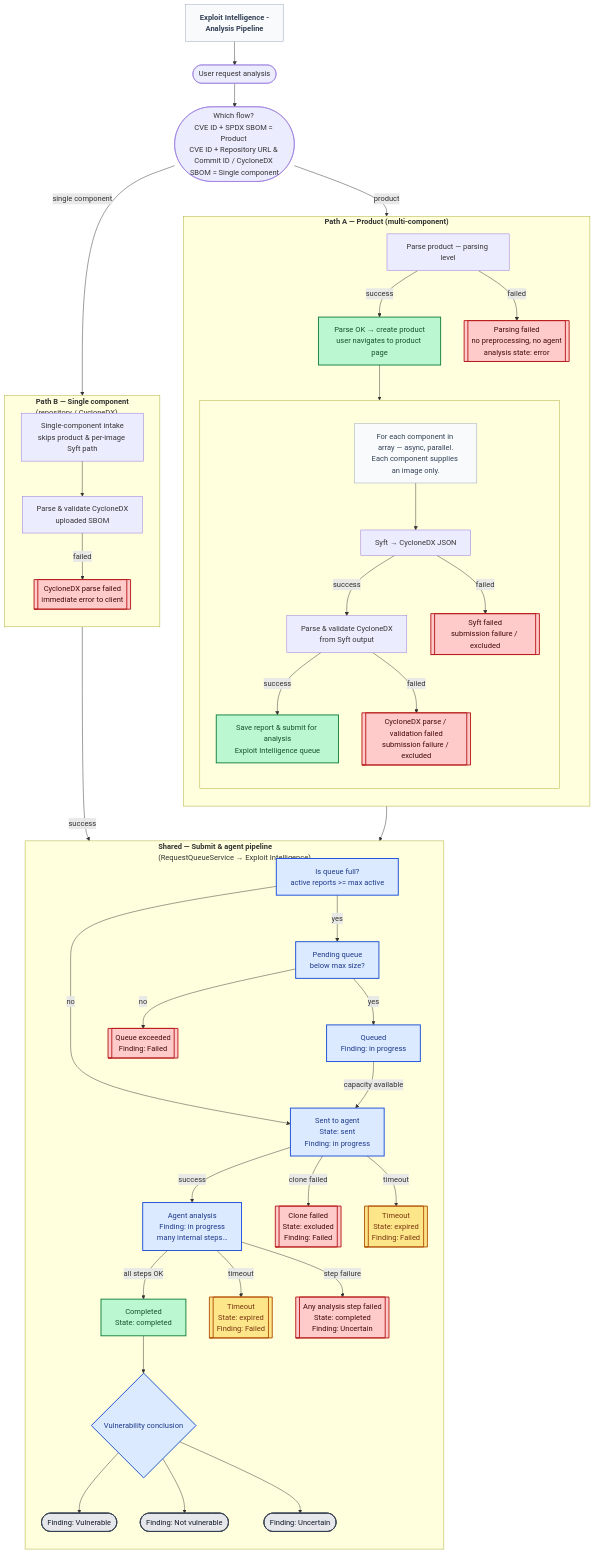
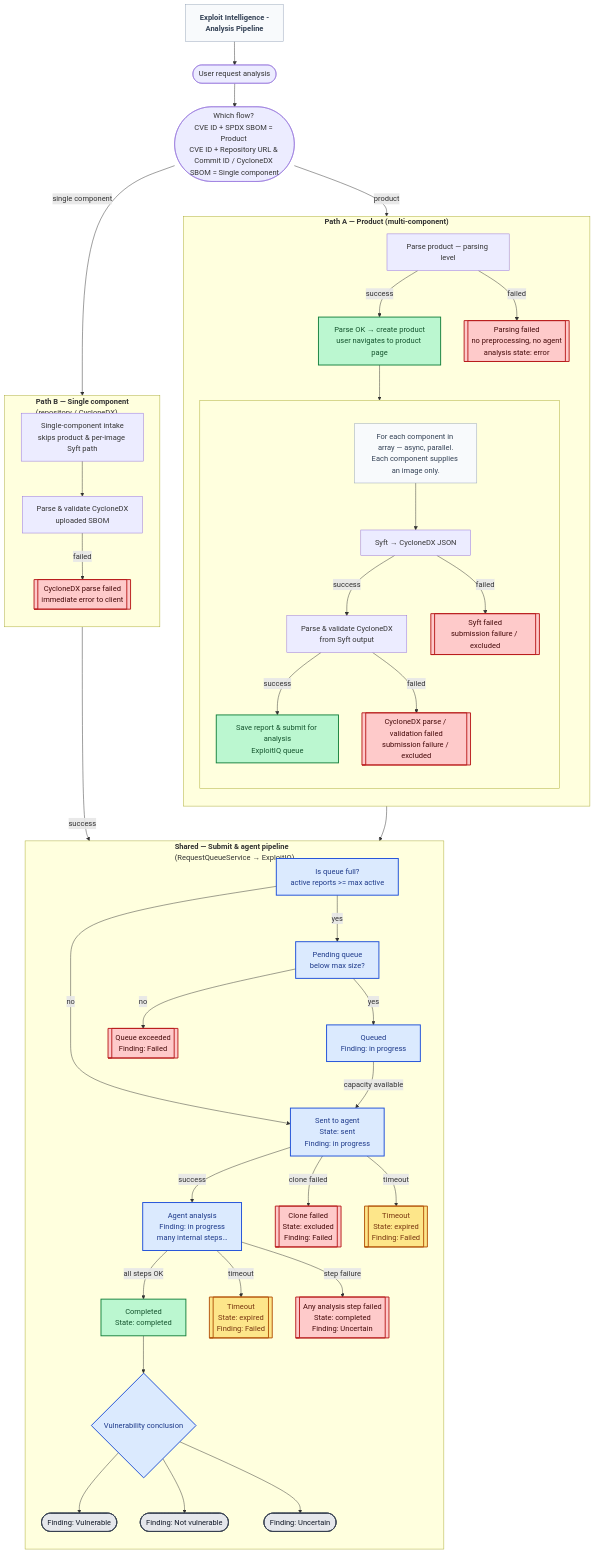
Before and after one commit to RHEcosystemAppEng/agent-morpheus-client: the diagram in README.md, drawn with Mermaid. The commit also changed other lines of this file and 273 other files, not shown here.

Commit message:
revert exploit intelligence

```diff
--- a/README.md
+++ b/README.md
@@ -167,7 +167,7 @@
             SYFT_FAIL[[Syft failed<br/>submission failure / excluded]]
             CYCLONE_VAL["Parse &amp; validate CycloneDX<br/>from Syft output"]
             CYCLONE_FAIL[[CycloneDX parse / validation failed<br/>submission failure / excluded]]
-            TO_AGENT["Save report &amp; submit for analysis<br/>Exploit Intelligence queue"]
+            TO_AGENT["Save report &amp; submit for analysis<br/>ExploitIQ queue"]
 
             PER_CAPTION --> SYFT
         end
@@ -188,7 +188,7 @@
         SC_CYCLONE_ERR[[CycloneDX parse failed<br/>immediate error to client]]
     end
 
-    subgraph AGENT["<b>Shared — Submit &amp; agent pipeline</b><br/>(RequestQueueService → Exploit Intelligence)"]
+    subgraph AGENT["<b>Shared — Submit &amp; agent pipeline</b><br/>(RequestQueueService → ExploitIQ)"]
         direction TB
         QUEUE_GATE["Is queue full?<br/>active reports &gt;= max active"]
         PEND_CAP[Pending queue<br/>below max size?]
```
